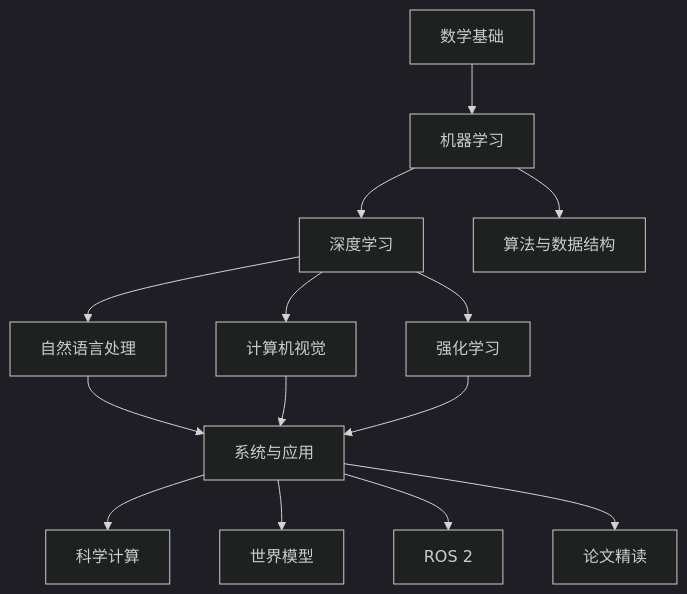
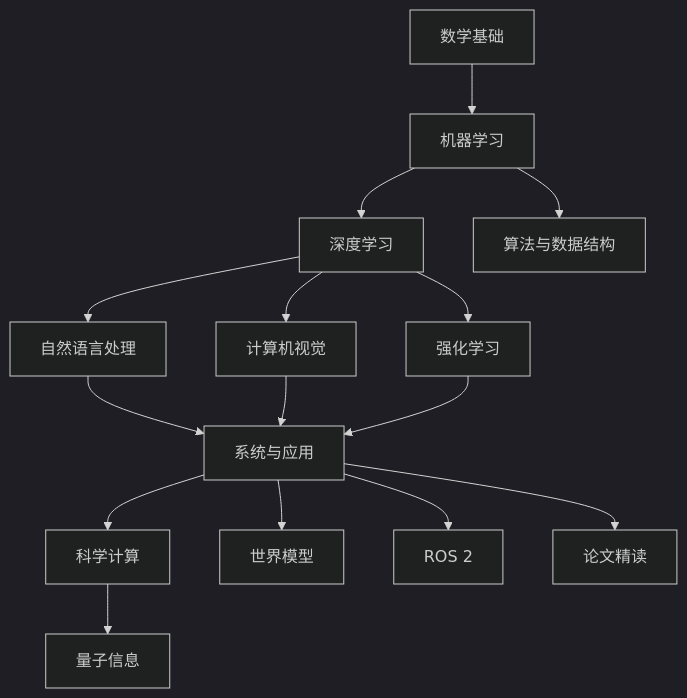
One commit to DeconBear/notebook changed the diagram in docs/index.md. Above: the diagram before and after it, drawn with Mermaid (dark theme). The commit also changed other lines of this file and 88 other files, not shown here.

````diff
--- a/docs/index.md
+++ b/docs/index.md
@@ -41,16 +41,17 @@
 ```mermaid
 flowchart TB
     math["数学基础"] --> ml["机器学习"]
     ml --> dl["深度学习"]
     dl --> cv["计算机视觉"]
     dl --> nlp["自然语言处理"]
     dl --> rl["强化学习"]
     nlp --> sys["系统与应用"]
     cv --> sys
     rl --> sys
     sys --> sci["科学计算"]
+    sci --> qi["量子信息"]
     sys --> wm["世界模型"]
     sys --> ros2["ROS 2"]
     ml --> algo["算法与数据结构"]
     sys --> papers["论文精读"]
 ```
````
